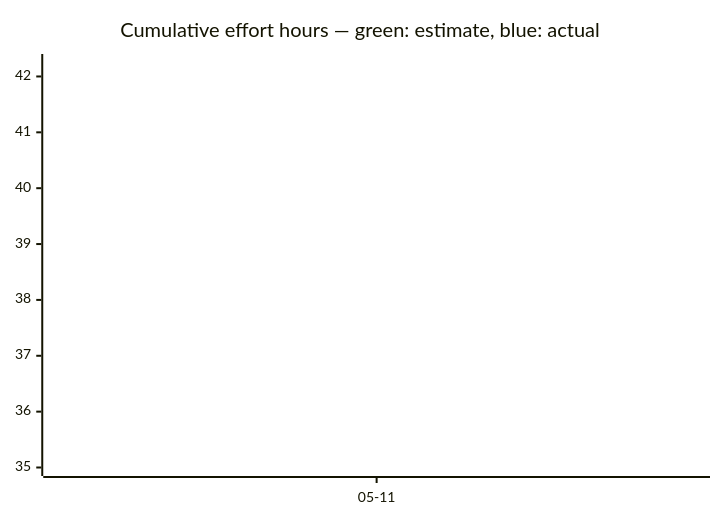
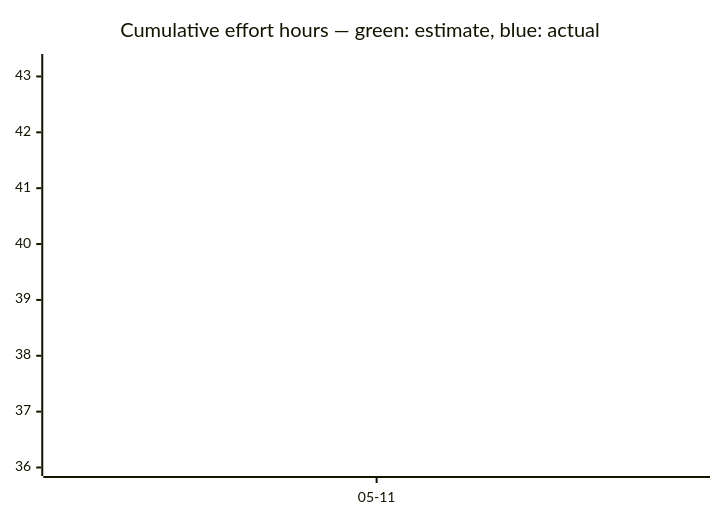
One commit to tgd1975/AwesomeGuitarPedal changed the third of 3 diagrams in docs/developers/tasks/OVERVIEW.md. Above: the diagram before and after it, drawn with Mermaid. The commit also changed other lines of this file and 6 other files, not shown here.

````diff
--- a/docs/developers/tasks/OVERVIEW.md
+++ b/docs/developers/tasks/OVERVIEW.md
@@ -40,7 +40,7 @@
 ```mermaid
 xychart-beta
     title "Cumulative effort hours — green: estimate, blue: actual"
     x-axis ["05-11"]
-    line [35]
-    line [42.25]
+    line [36]
+    line [43.25]
 ```
````
